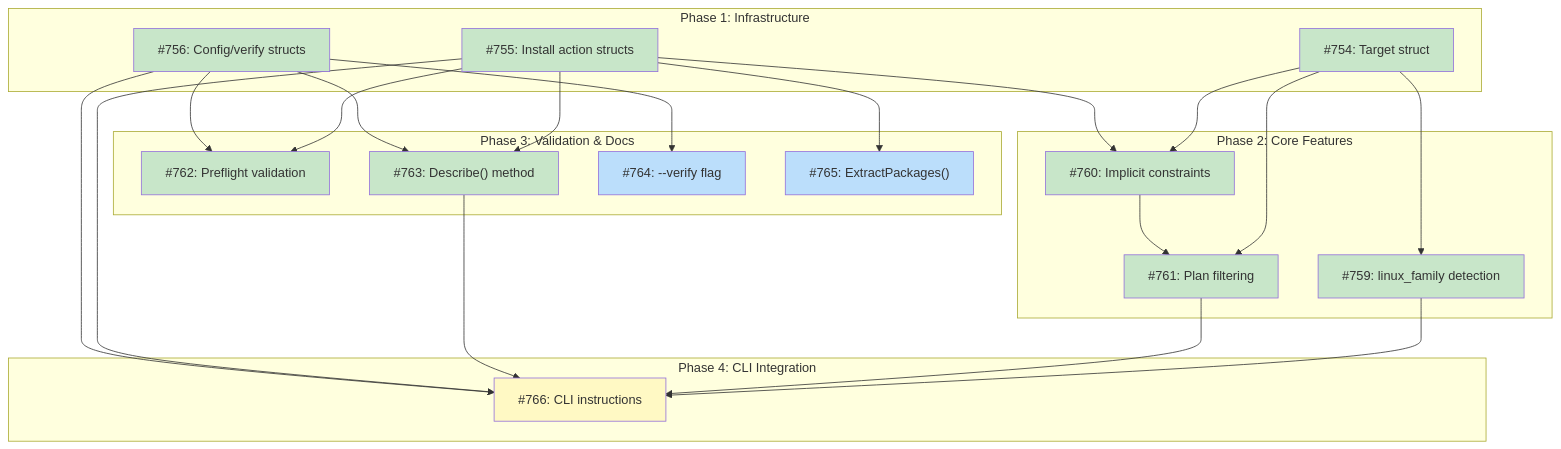
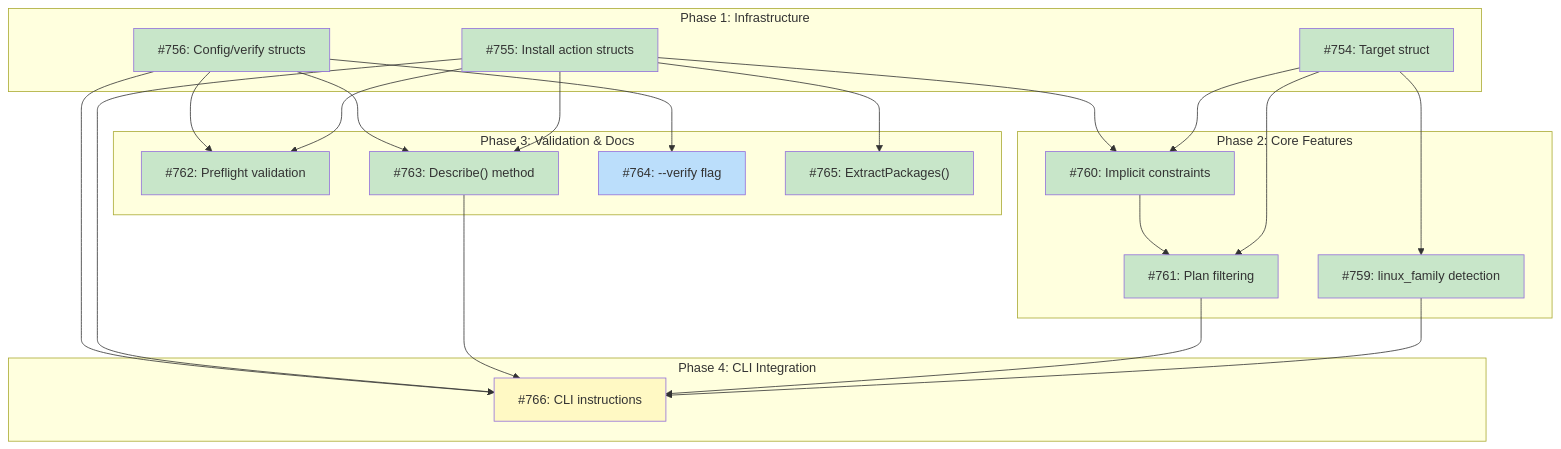
Before and after one commit to tsukumogami/tsuku: the diagram in docs/DESIGN-system-dependency-actions.md, drawn with Mermaid. The commit also changed 2 other files, not shown here.

Commit message:
feat(sandbox): implement ExtractPackages for sandbox integration (#783)
Implement ExtractPackages() function to extract package requirements
from
filtered installation plans, grouped by package manager. Returns a map
where
keys are package manager names (apt, brew, dnf, pacman, apk, zypper) and
values are lists of package names for that manager.

Returns nil for plans with no system dependency actions, allowing
callers
to distinguish between "no packages needed" and "empty package list".

````diff
--- a/docs/DESIGN-system-dependency-actions.md
+++ b/docs/DESIGN-system-dependency-actions.md
@@ -27,51 +27,51 @@
 ```mermaid
 graph TD
     subgraph Phase1["Phase 1: Infrastructure"]
         I754["#754: Target struct"]
         I755["#755: Install action structs"]
         I756["#756: Config/verify structs"]
     end
 
     subgraph Phase2["Phase 2: Core Features"]
         I759["#759: linux_family detection"]
         I760["#760: Implicit constraints"]
         I761["#761: Plan filtering"]
     end
 
     subgraph Phase3["Phase 3: Validation & Docs"]
         I762["#762: Preflight validation"]
         I763["#763: Describe() method"]
         I764["#764: --verify flag"]
         I765["#765: ExtractPackages()"]
     end
 
     subgraph Phase4["Phase 4: CLI Integration"]
         I766["#766: CLI instructions"]
     end
 
     I754 --> I759
     I754 --> I760
     I755 --> I760
     I754 --> I761
     I760 --> I761
     I755 --> I762
     I756 --> I762
     I755 --> I763
     I756 --> I763
     I756 --> I764
     I755 --> I765
     I759 --> I766
     I761 --> I766
     I763 --> I766
     I755 --> I766
     I756 --> I766
 
     classDef done fill:#c8e6c9
     classDef ready fill:#bbdefb
     classDef blocked fill:#fff9c4
     classDef needsDesign fill:#e1bee7
 
-    class I754,I755,I756,I759,I760,I761,I762,I763 done
-    class I764,I765 ready
+    class I754,I755,I756,I759,I760,I761,I762,I763,I765 done
+    class I764 ready
     class I766 blocked
 ```
````
